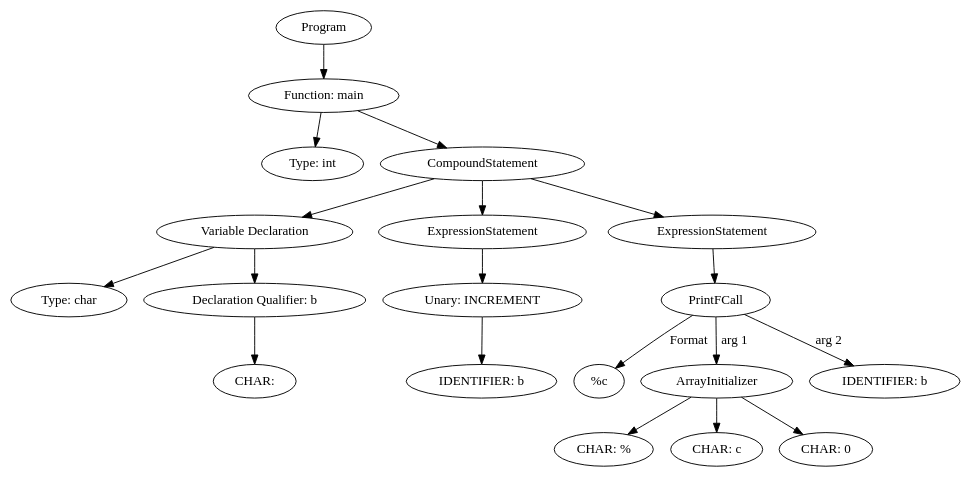
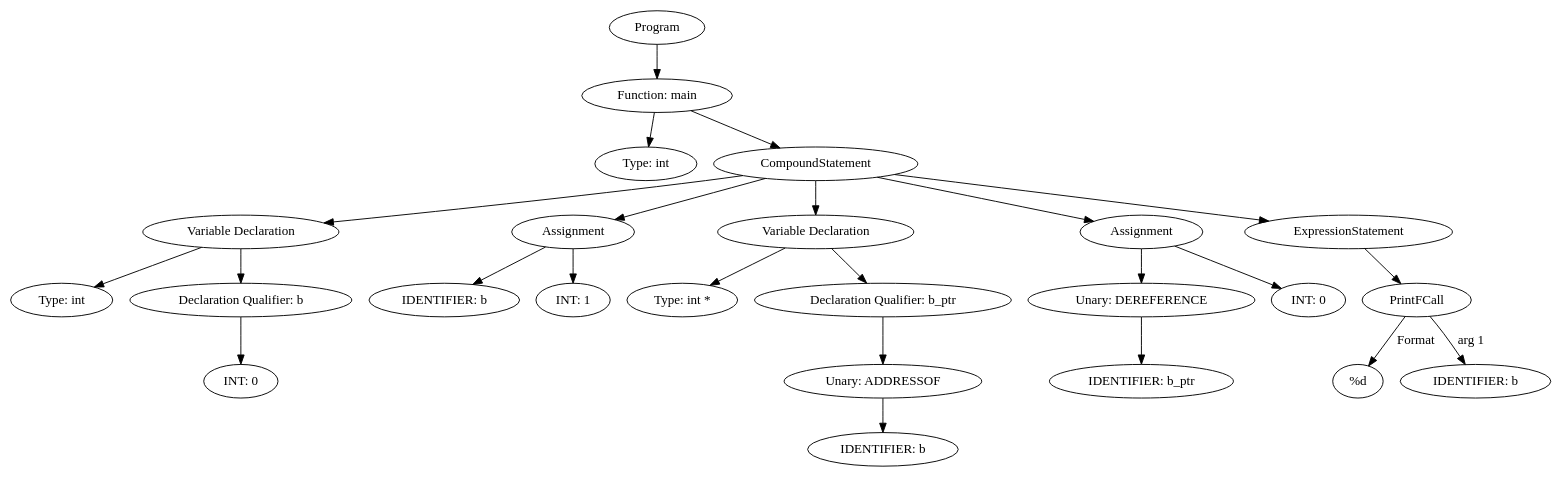
Before and after one commit to ArneDePeuter/UA-2024-Compiler: the diagram in output/in_AST.dot, drawn with Graphviz. The commit also changed 3 other files, not shown here.

```diff
--- a/output/in_AST.dot
+++ b/output/in_AST.dot
@@ -1,39 +1,49 @@
 digraph ExpressionGraph {
-2238775408720 [label="Program"];
-2238775408720 -> 2238775408656;
-2238775408656 [label="Function: main"];
-2238775408656 -> 2238775408912;
-2238775408912 [label="Type: int "];
-2238775408656 -> 2238775409104;
-2238775409104 [label="CompoundStatement"];
-2238775409104 -> 2238775407440;
-2238775407440 [label="Variable Declaration"];
-2238775407440 -> 2238775408464;
-2238775408464 [label="Type: char "];
-2238775407440 -> 2238775405584;
-2238775405584 [label="Declaration Qualifier: b"];
-2238775405584 -> 2238775406288;
-2238775406288 [label="CHAR: \n"];
-2238775409104 -> 2238775405456;
-2238775405456 [label="ExpressionStatement"];
-2238775405456 -> 2238775407696;
-2238775407696 [label="Unary: INCREMENT"];
-2238775407696 -> 2238775407184;
-2238775407184 [label="IDENTIFIER: b"];
-2238775409104 -> 2238775409360;
-2238775409360 [label="ExpressionStatement"];
-2238775409360 -> 2238775407952;
-2238775407952 [label="PrintFCall"];
-2238775407952 -> 2238775405744 [label="Format"];
-2238775405744 [label="%c"];
-2238775407952 -> 2238775409616 [label="arg 1"];
-2238775409616 [label="ArrayInitializer"];
-2238775407568 [label="CHAR: %"];
-2238775409616 -> 2238775407568;
-2238775408272 [label="CHAR: c"];
-2238775409616 -> 2238775408272;
-2238775406160 [label="CHAR: \0"];
-2238775409616 -> 2238775406160;
-2238775407952 -> 2238775409424 [label="arg 2"];
-2238775409424 [label="IDENTIFIER: b"];
+2978367195664 [label="Program"];
+2978367195664 -> 2978367195536;
+2978367195536 [label="Function: main"];
+2978367195536 -> 2978367195920;
+2978367195920 [label="Type: int "];
+2978367195536 -> 2978366808208;
+2978366808208 [label="CompoundStatement"];
+2978366808208 -> 2978367193936;
+2978367193936 [label="Variable Declaration"];
+2978367193936 -> 2978367194320;
+2978367194320 [label="Type: int "];
+2978367193936 -> 2978367194512;
+2978367194512 [label="Declaration Qualifier: b"];
+2978367194512 -> 2978367195216;
+2978367195216 [label="INT: 0"];
+2978366808208 -> 2978367194448;
+2978367194448 [label="Assignment"];
+2978367194448 -> 2978367193232;
+2978367193232 [label="IDENTIFIER: b"];
+2978367194448 -> 2978367194256;
+2978367194256 [label="INT: 1"];
+2978366808208 -> 2978367086864;
+2978367086864 [label="Variable Declaration"];
+2978367086864 -> 2978367193872;
+2978367193872 [label="Type: int *"];
+2978367086864 -> 2978367081680;
+2978367081680 [label="Declaration Qualifier: b_ptr"];
+2978367081680 -> 2978367199632;
+2978367199632 [label="Unary: ADDRESSOF"];
+2978367199632 -> 2978367193360;
+2978367193360 [label="IDENTIFIER: b"];
+2978366808208 -> 2978367093968;
+2978367093968 [label="Assignment"];
+2978367093968 -> 2978367084880;
+2978367084880 [label="Unary: DEREFERENCE"];
+2978367084880 -> 2978367084944;
+2978367084944 [label="IDENTIFIER: b_ptr"];
+2978367093968 -> 2978367094288;
+2978367094288 [label="INT: 0"];
+2978366808208 -> 2978367093840;
+2978367093840 [label="ExpressionStatement"];
+2978367093840 -> 2978367093008;
+2978367093008 [label="PrintFCall"];
+2978367093008 -> 2978367093104 [label="Format"];
+2978367093104 [label="%d"];
+2978367093008 -> 2978367093072 [label="arg 1"];
+2978367093072 [label="IDENTIFIER: b"];
 }
```
